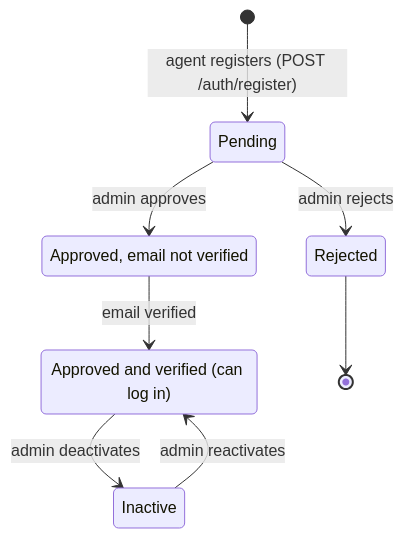
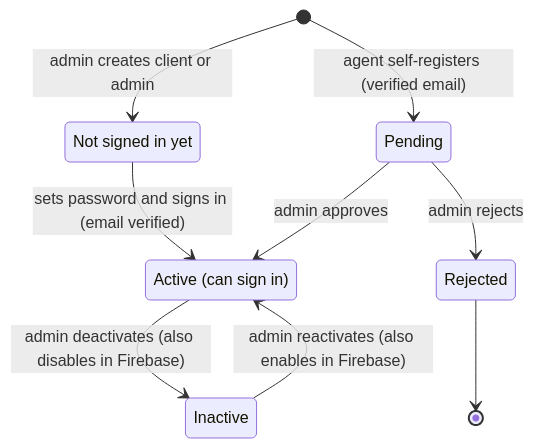
Before and after one commit to Myranyamwanda/Salesmesh: the third of 4 diagrams in docs/authentication.md, drawn with Mermaid. The commit also changed other lines of this file, not shown here.

Commit message:
docs: rewrite the authentication guide for Firebase and admin MFA

````diff
--- a/docs/authentication.md
+++ b/docs/authentication.md
@@ -14,13 +142,14 @@
 ```mermaid
 stateDiagram-v2
-    [*] --> Pending: agent registers (POST /auth/register)
-    Pending --> Approved: admin approves
+    [*] --> Pending: agent self-registers (verified email)
+    [*] --> NotSignedIn: admin creates client or admin
+    NotSignedIn --> Active: sets password and signs in (email verified)
+    Pending --> Active: admin approves
     Pending --> Rejected: admin rejects
-    Approved --> CanLogIn: email verified
-    CanLogIn --> Inactive: admin deactivates
-    Inactive --> CanLogIn: admin reactivates
+    Active --> Inactive: admin deactivates (also disables in Firebase)
+    Inactive --> Active: admin reactivates (also enables in Firebase)
     Rejected --> [*]
 
-    state "Approved, email not verified" as Approved
-    state "Approved and verified (can log in)" as CanLogIn
+    state "Not signed in yet" as NotSignedIn
+    state "Active (can sign in)" as Active
 ```
````
